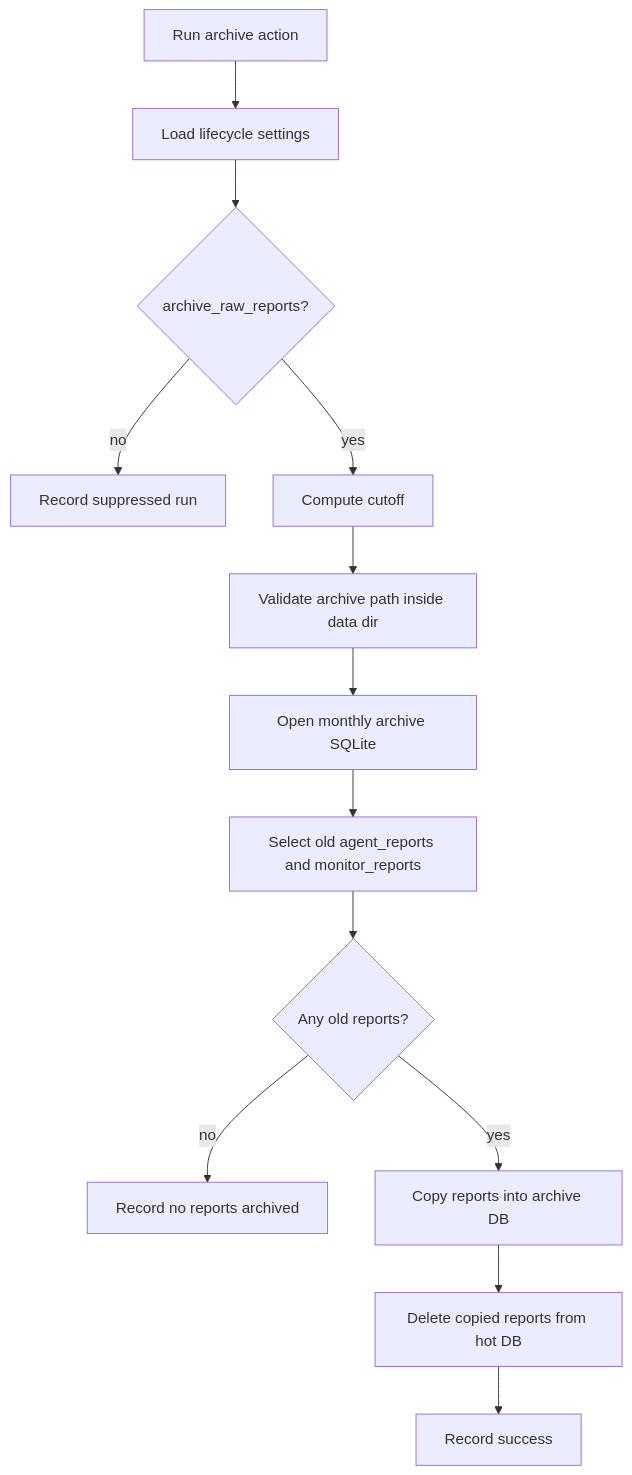
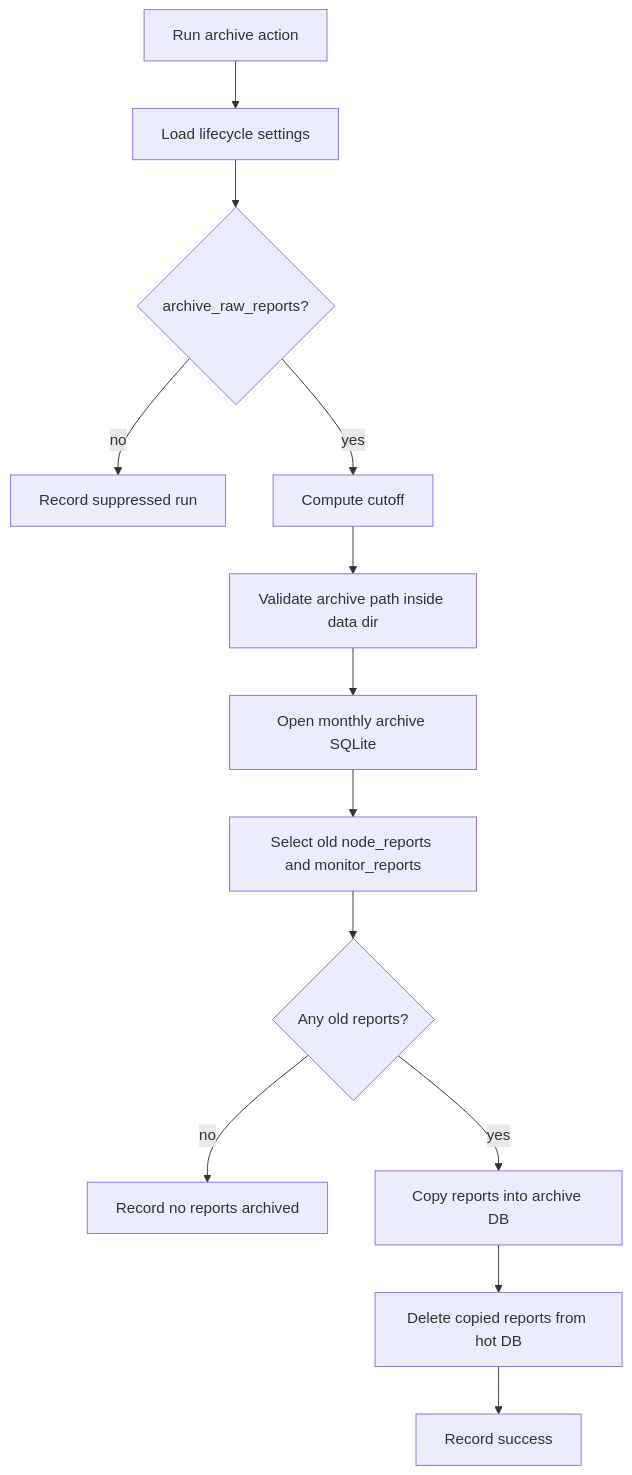
Before and after one commit to sunday-studio/orion: the fourth of 6 diagrams in docs/architecture/persistence-and-lifecycle.md, drawn with Mermaid. The commit also changed other lines of this file and 815 other files, not shown here.

First line of the commit message:
refactor(repo): rename agent to node, mechanical part

````diff
--- a/docs/architecture/persistence-and-lifecycle.md
+++ b/docs/architecture/persistence-and-lifecycle.md
@@ -270,15 +270,15 @@
 ```mermaid
 flowchart TD
   Action["Run archive action"] --> Settings["Load lifecycle settings"]
   Settings --> Enabled{"archive_raw_reports?"}
   Enabled -- "no" --> Suppressed["Record suppressed run"]
   Enabled -- "yes" --> Cutoff["Compute cutoff"]
   Cutoff --> ValidatePath["Validate archive path inside data dir"]
   ValidatePath --> ArchiveDB["Open monthly archive SQLite"]
-  ArchiveDB --> Select["Select old agent_reports and monitor_reports"]
+  ArchiveDB --> Select["Select old node_reports and monitor_reports"]
   Select --> Empty{"Any old reports?"}
   Empty -- "no" --> Noop["Record no reports archived"]
   Empty -- "yes" --> Copy["Copy reports into archive DB"]
   Copy --> Delete["Delete copied reports from hot DB"]
   Delete --> Success["Record success"]
 ```
````
